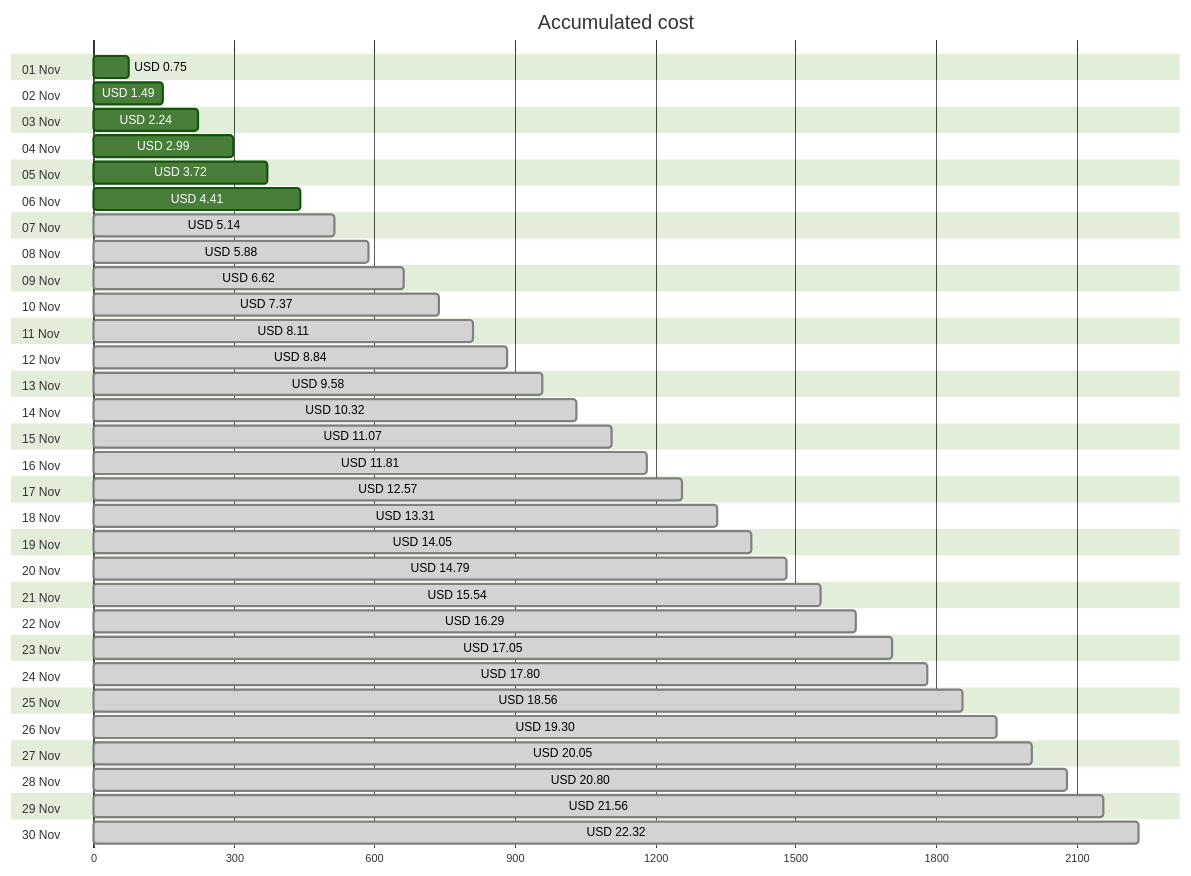
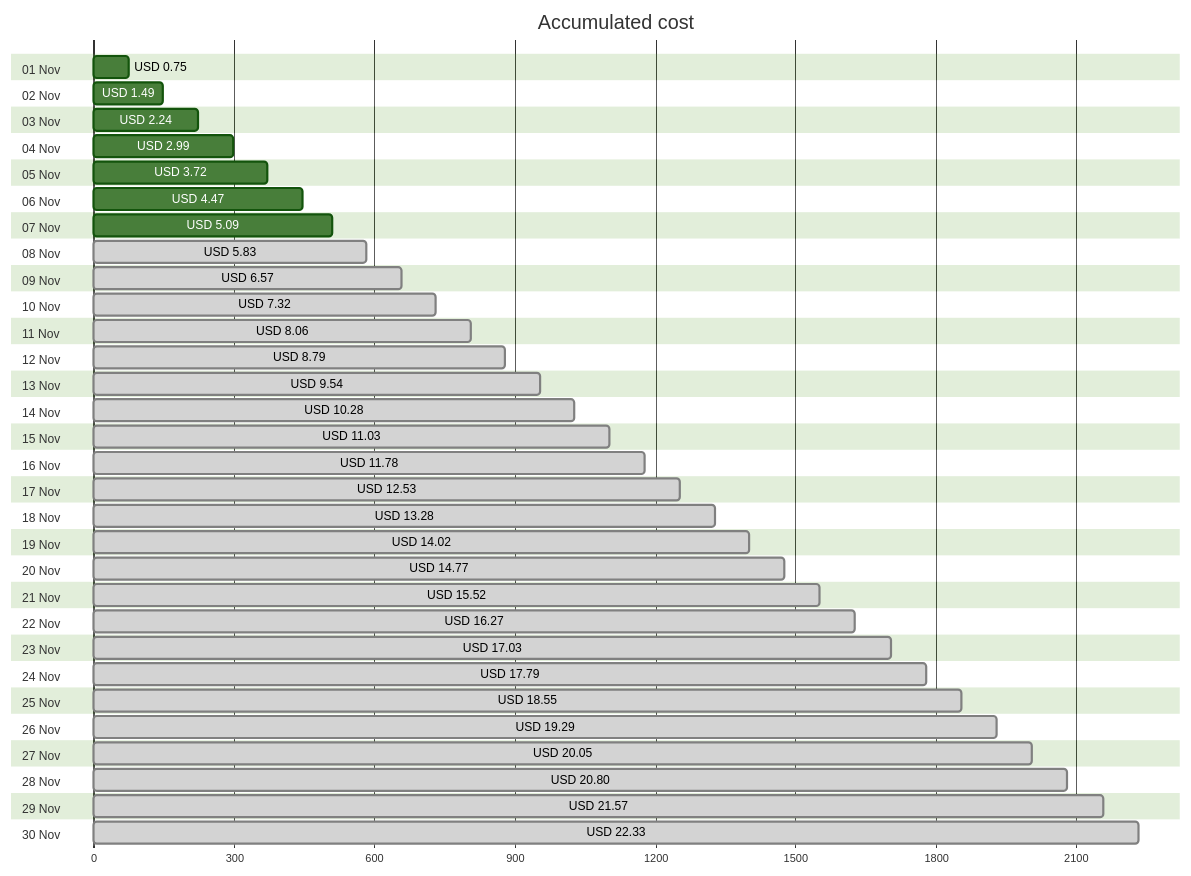
The first of 4 diagrams in cost-reports/personal-network/backup-server-data-disk.md (jpfulton/azure-personal-reports), drawn with Mermaid (forest theme) before and after one commit. The commit also changed other lines of this file and 8 other files, not shown here.

````diff
--- a/cost-reports/personal-network/backup-server-data-disk.md
+++ b/cost-reports/personal-network/backup-server-data-disk.md
@@ -20,66 +20,66 @@
 ```mermaid
 gantt
    title Accumulated cost
    dateFormat  X
    axisFormat %s
    section 01 Nov
    USD 0.75 :0, 75
    section 02 Nov
    USD 1.49 :0, 149
    section 03 Nov
    USD 2.24 :0, 224
    section 04 Nov
    USD 2.99 :0, 299
    section 05 Nov
    USD 3.72 :0, 372
    section 06 Nov
-   USD 4.41 :0, 441
+   USD 4.47 :0, 447
    section 07 Nov
-   USD 5.14 : done, 0, 514
+   USD 5.09 :0, 509
    section 08 Nov
-   USD 5.88 : done, 0, 588
+   USD 5.83 : done, 0, 583
    section 09 Nov
-   USD 6.62 : done, 0, 662
+   USD 6.57 : done, 0, 657
    section 10 Nov
-   USD 7.37 : done, 0, 737
+   USD 7.32 : done, 0, 732
    section 11 Nov
-   USD 8.11 : done, 0, 811
+   USD 8.06 : done, 0, 806
    section 12 Nov
-   USD 8.84 : done, 0, 884
+   USD 8.79 : done, 0, 879
    section 13 Nov
-   USD 9.58 : done, 0, 958
+   USD 9.54 : done, 0, 954
    section 14 Nov
-   USD 10.32 : done, 0, 1032
+   USD 10.28 : done, 0, 1028
    section 15 Nov
-   USD 11.07 : done, 0, 1107
+   USD 11.03 : done, 0, 1103
    section 16 Nov
-   USD 11.81 : done, 0, 1181
+   USD 11.78 : done, 0, 1178
    section 17 Nov
-   USD 12.57 : done, 0, 1257
+   USD 12.53 : done, 0, 1253
    section 18 Nov
-   USD 13.31 : done, 0, 1331
+   USD 13.28 : done, 0, 1328
    section 19 Nov
-   USD 14.05 : done, 0, 1405
+   USD 14.02 : done, 0, 1402
    section 20 Nov
-   USD 14.79 : done, 0, 1479
+   USD 14.77 : done, 0, 1477
    section 21 Nov
-   USD 15.54 : done, 0, 1554
+   USD 15.52 : done, 0, 1552
    section 22 Nov
-   USD 16.29 : done, 0, 1629
+   USD 16.27 : done, 0, 1627
    section 23 Nov
-   USD 17.05 : done, 0, 1705
+   USD 17.03 : done, 0, 1703
    section 24 Nov
-   USD 17.80 : done, 0, 1780
+   USD 17.79 : done, 0, 1779
    section 25 Nov
-   USD 18.56 : done, 0, 1856
+   USD 18.55 : done, 0, 1855
    section 26 Nov
-   USD 19.30 : done, 0, 1930
+   USD 19.29 : done, 0, 1929
    section 27 Nov
    USD 20.05 : done, 0, 2005
    section 28 Nov
    USD 20.80 : done, 0, 2080
    section 29 Nov
-   USD 21.56 : done, 0, 2156
+   USD 21.57 : done, 0, 2157
    section 30 Nov
-   USD 22.32 : done, 0, 2232
+   USD 22.33 : done, 0, 2233
 ```
````
